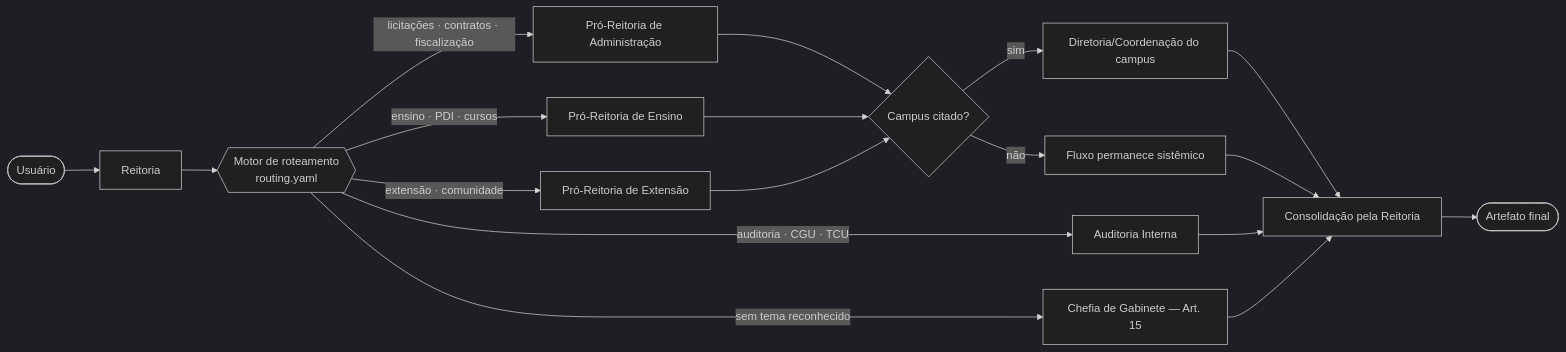
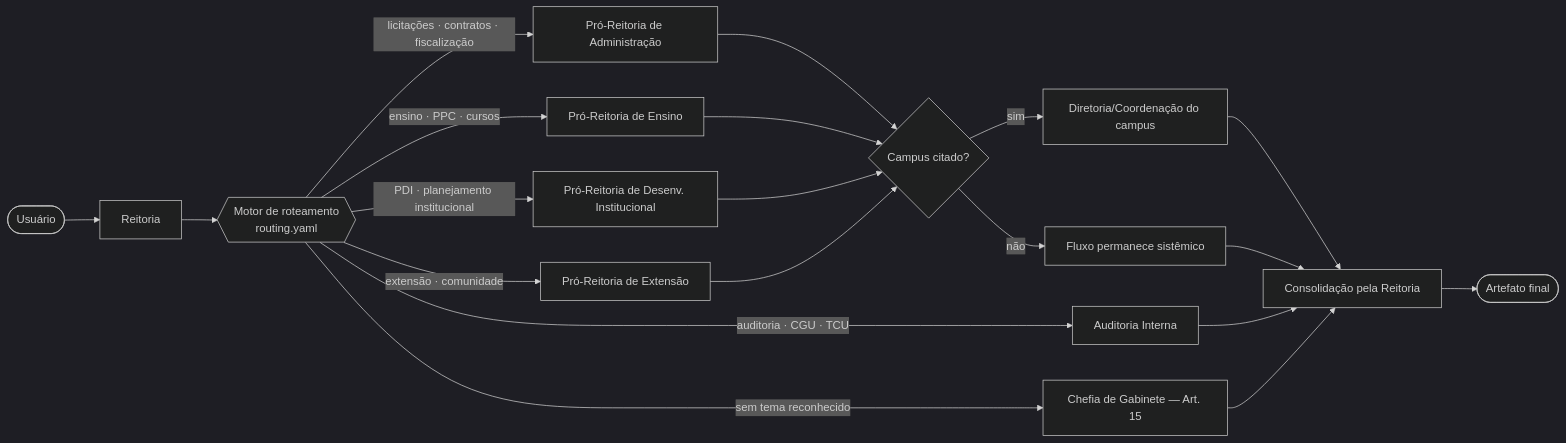
The fourth of 6 diagrams in iffar-3d-town/README.md (marciobisognin/GeniusAI), drawn with Mermaid (dark theme) before and after one commit. The commit also changed other lines of this file and 4 other files, not shown here.

First line of the commit message:
docs(iffar-3d-town): README institucional completo + demo real do novo PDI (#52)

````diff
--- a/iffar-3d-town/README.md
+++ b/iffar-3d-town/README.md
@@ -82,23 +241,25 @@
 ```mermaid
 flowchart LR
     U([Usuário]) --> R[Reitoria]
     R --> M{{Motor de roteamento<br/>routing.yaml}}
 
     M -->|licitações · contratos · fiscalização| PROAD[Pró-Reitoria de Administração]
-    M -->|ensino · PDI · cursos| PROEN[Pró-Reitoria de Ensino]
+    M -->|ensino · PPC · cursos| PROEN[Pró-Reitoria de Ensino]
+    M -->|PDI · planejamento institucional| PRDI[Pró-Reitoria de Desenv. Institucional]
     M -->|extensão · comunidade| PROEX[Pró-Reitoria de Extensão]
     M -->|auditoria · CGU · TCU| AUDIT[Auditoria Interna]
     M -->|sem tema reconhecido| GAB[Chefia de Gabinete — Art. 15]
 
     PROAD --> C{Campus citado?}
     PROEN --> C
+    PRDI --> C
     PROEX --> C
     C -->|sim| CX[Diretoria/Coordenação do campus]
     C -->|não| CONS[Fluxo permanece sistêmico]
 
     CX --> R2[Consolidação pela Reitoria]
     CONS --> R2
     AUDIT --> R2
     GAB --> R2
     R2 --> F([Artefato final])
 ```
````
